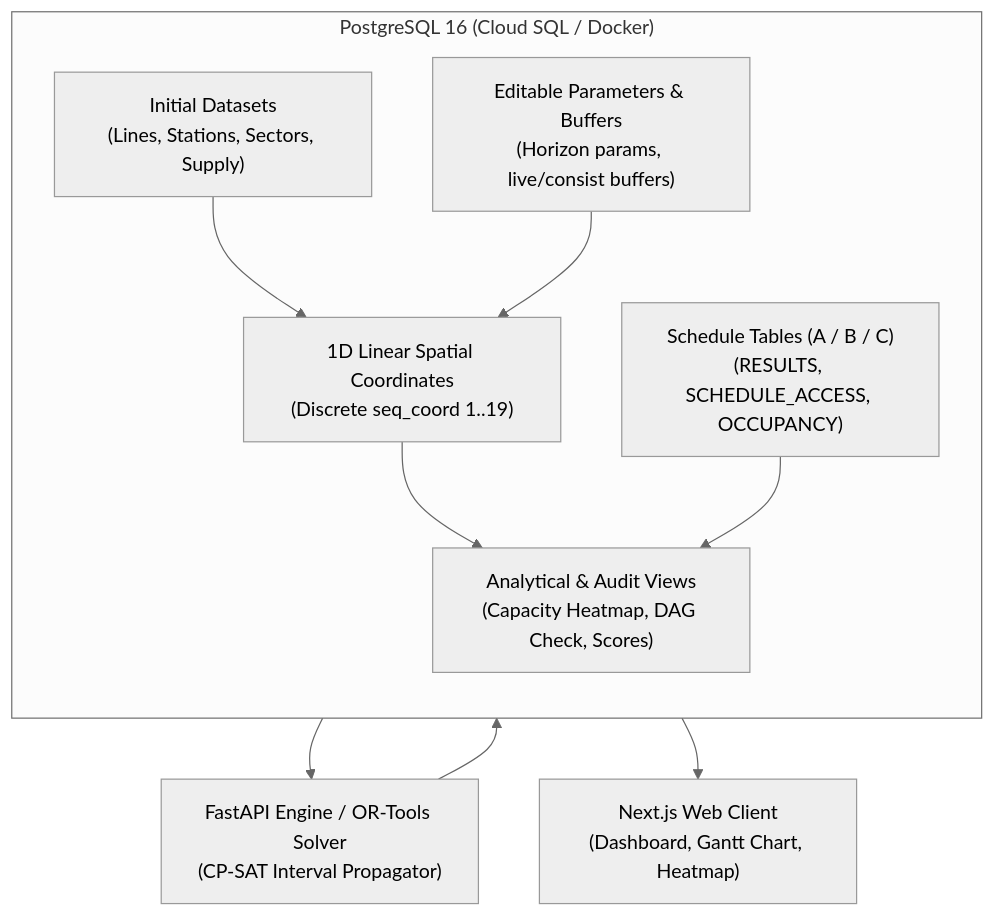
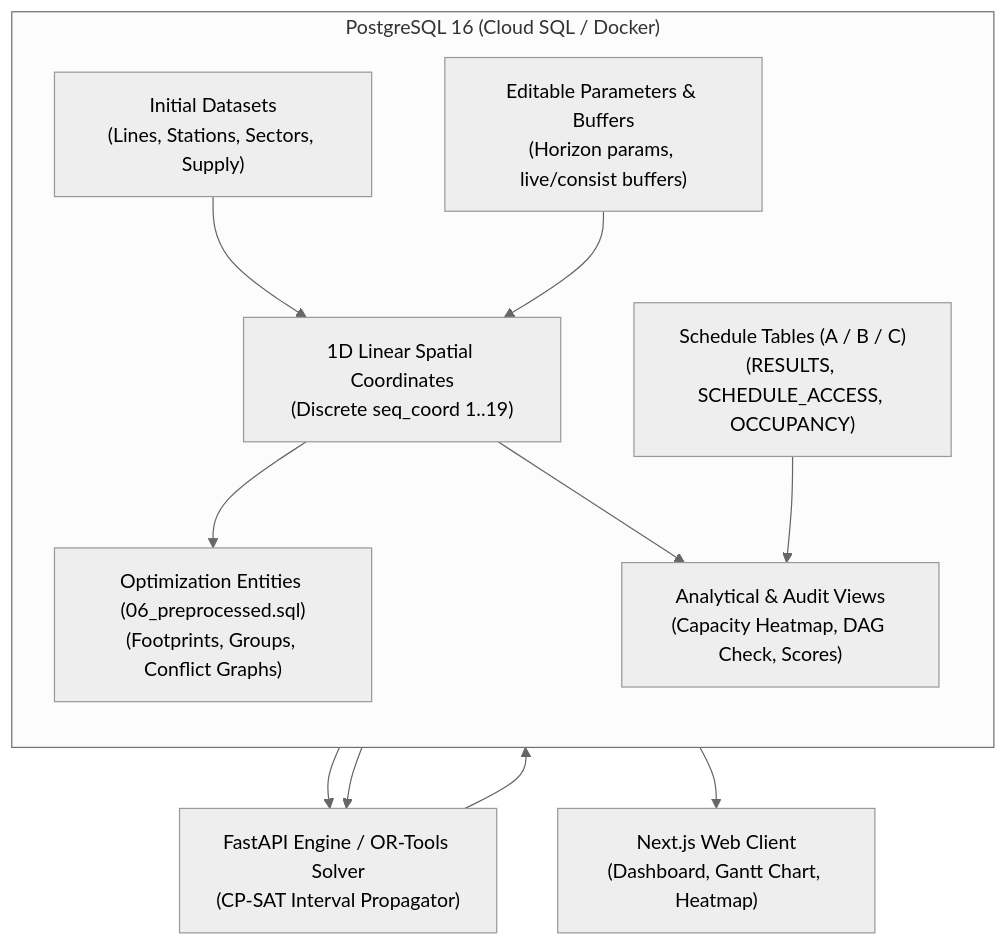
Before and after one commit to Masunori/nebula: the diagram in database/README.md, drawn with Mermaid (neutral theme). The commit also changed other lines of this file and 52 other files, not shown here.

````diff
--- a/database/README.md
+++ b/database/README.md
@@ -13,22 +13,25 @@
 ```mermaid
 flowchart TD
     subgraph Storage["PostgreSQL 16 (Cloud SQL / Docker)"]
         direction TB
         RAW["Initial Datasets\n(Lines, Stations, Sectors, Supply)"]
         PARAM["Editable Parameters & Buffers\n(Horizon params, live/consist buffers)"]
         TOPOLOGY["1D Linear Spatial Coordinates\n(Discrete seq_coord 1..19)"]
+        PREPROC["Optimization Entities (06_preprocessed.sql)\n(Footprints, Groups, Conflict Graphs)"]
         VIEWS["Analytical & Audit Views\n(Capacity Heatmap, DAG Check, Scores)"]
         SCHEDULES["Schedule Tables (A / B / C)\n(RESULTS, SCHEDULE_ACCESS, OCCUPANCY)"]
     end
 
     SOLVER["FastAPI Engine / OR-Tools Solver\n(CP-SAT Interval Propagator)"]
     CLIENT["Next.js Web Client\n(Dashboard, Gantt Chart, Heatmap)"]
 
     RAW --> TOPOLOGY
     PARAM --> TOPOLOGY
+    TOPOLOGY --> PREPROC
+    PREPROC --> SOLVER
     TOPOLOGY --> VIEWS
     VIEWS --> SOLVER
     SOLVER --> SCHEDULES
     SCHEDULES --> VIEWS
     VIEWS --> CLIENT
 ```
````
